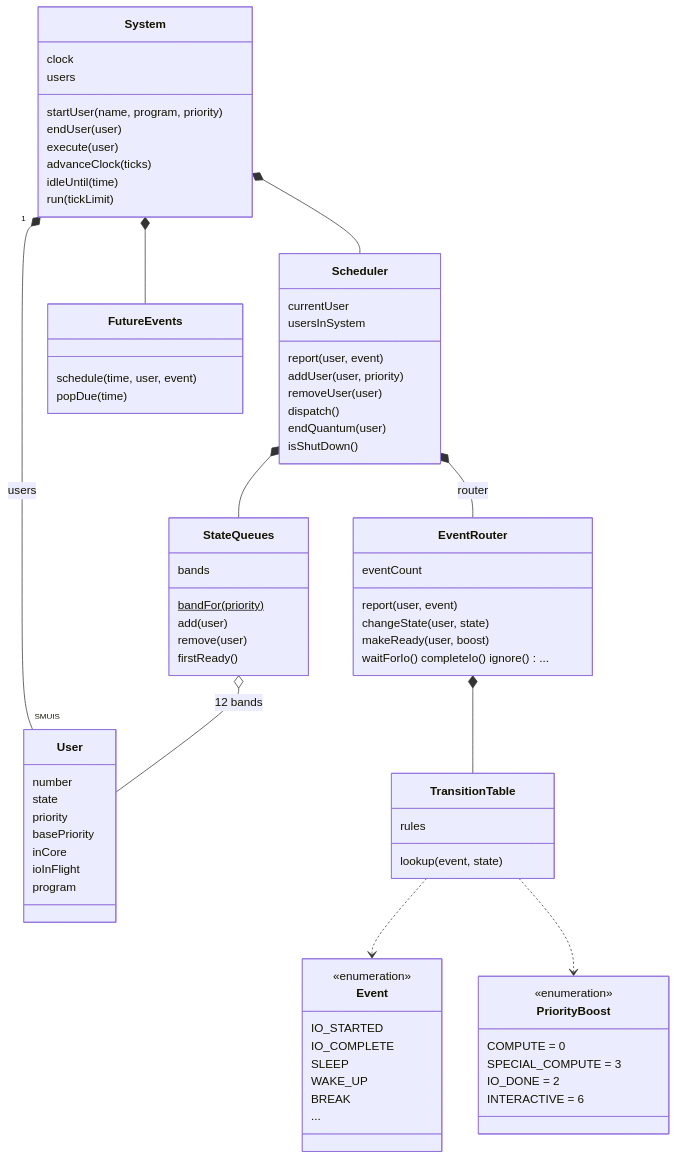
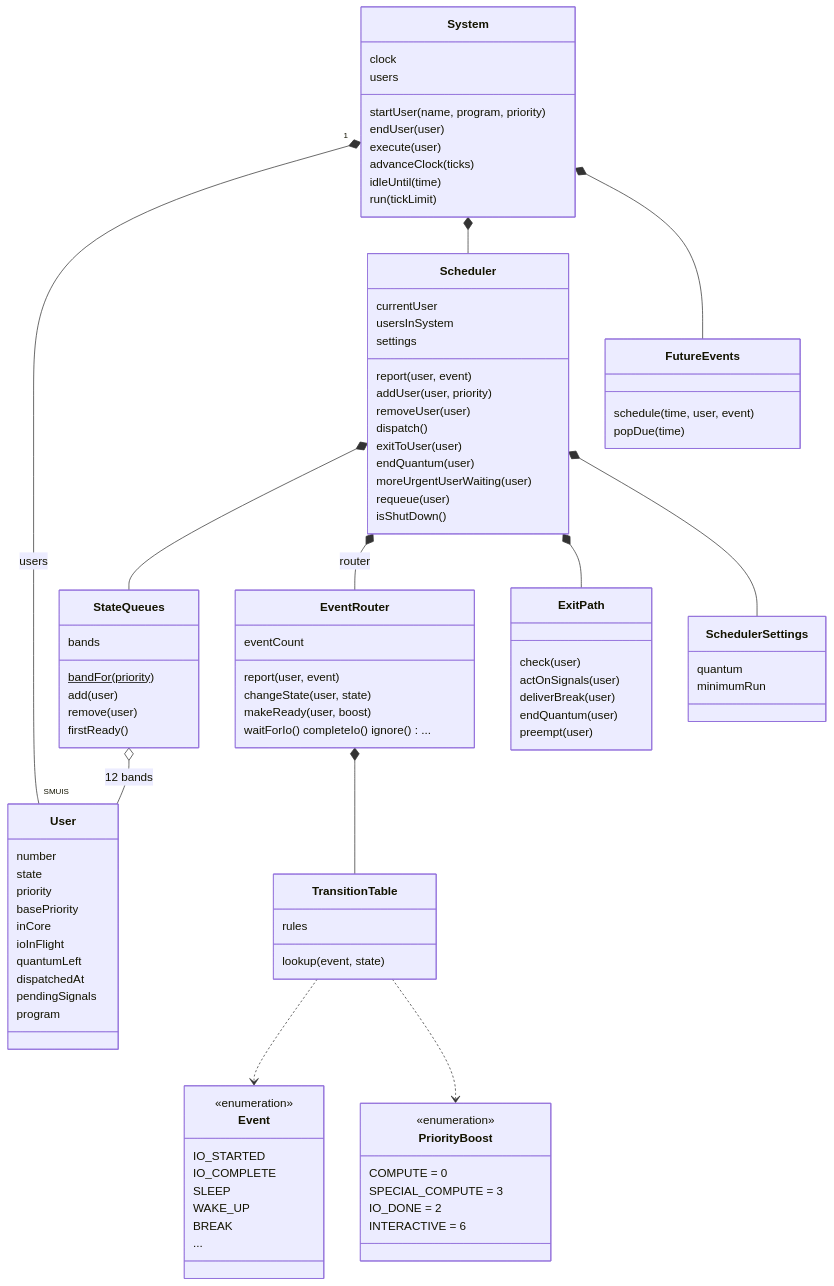
The first of 5 diagrams in pyCP-V/C00stap/docs/model.md (msiddalingaiah/Sigma), drawn with Mermaid before and after one commit. The commit also changed other lines of this file and 16 other files, not shown here.

Commit message:
Readable model: exit path, quanta, preemption and signals

```diff
--- a/pyCP-V/C00stap/docs/model.md
+++ b/pyCP-V/C00stap/docs/model.md
@@ -74,12 +74,27 @@
     class Scheduler {
         currentUser
         usersInSystem
+        settings
         report(user, event)
         addUser(user, priority)
         removeUser(user)
         dispatch()
+        exitToUser(user)
         endQuantum(user)
+        moreUrgentUserWaiting(user)
+        requeue(user)
         isShutDown()
+    }
+    class ExitPath {
+        check(user)
+        actOnSignals(user)
+        deliverBreak(user)
+        endQuantum(user)
+        preempt(user)
+    }
+    class SchedulerSettings {
+        quantum
+        minimumRun
     }
     class User {
         number
@@ -88,6 +103,9 @@
         basePriority
         inCore
         ioInFlight
+        quantumLeft
+        dispatchedAt
+        pendingSignals
         program
     }
     class StateQueues {
@@ -133,6 +151,8 @@
     System *-- FutureEvents
     Scheduler *-- StateQueues
     Scheduler *-- EventRouter : router
+    Scheduler *-- ExitPath
+    Scheduler *-- SchedulerSettings
     EventRouter *-- TransitionTable
     TransitionTable ..> Event
     TransitionTable ..> PriorityBoost
```
